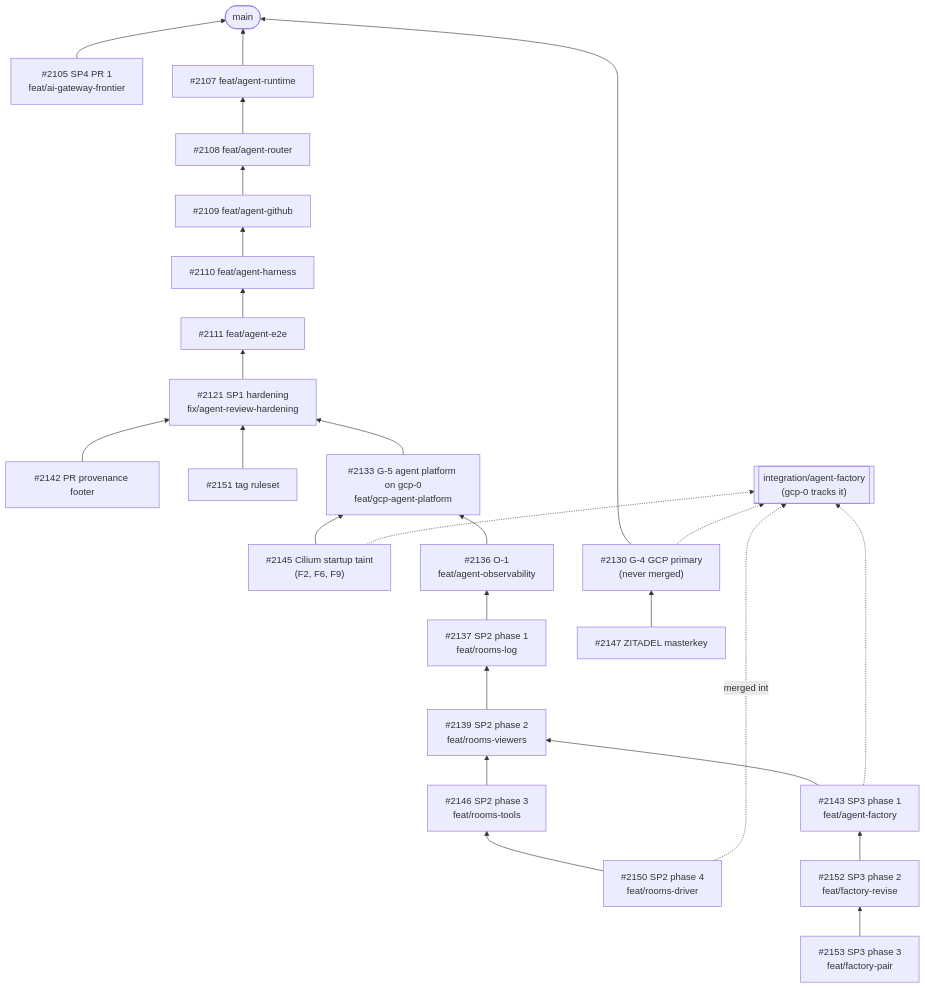
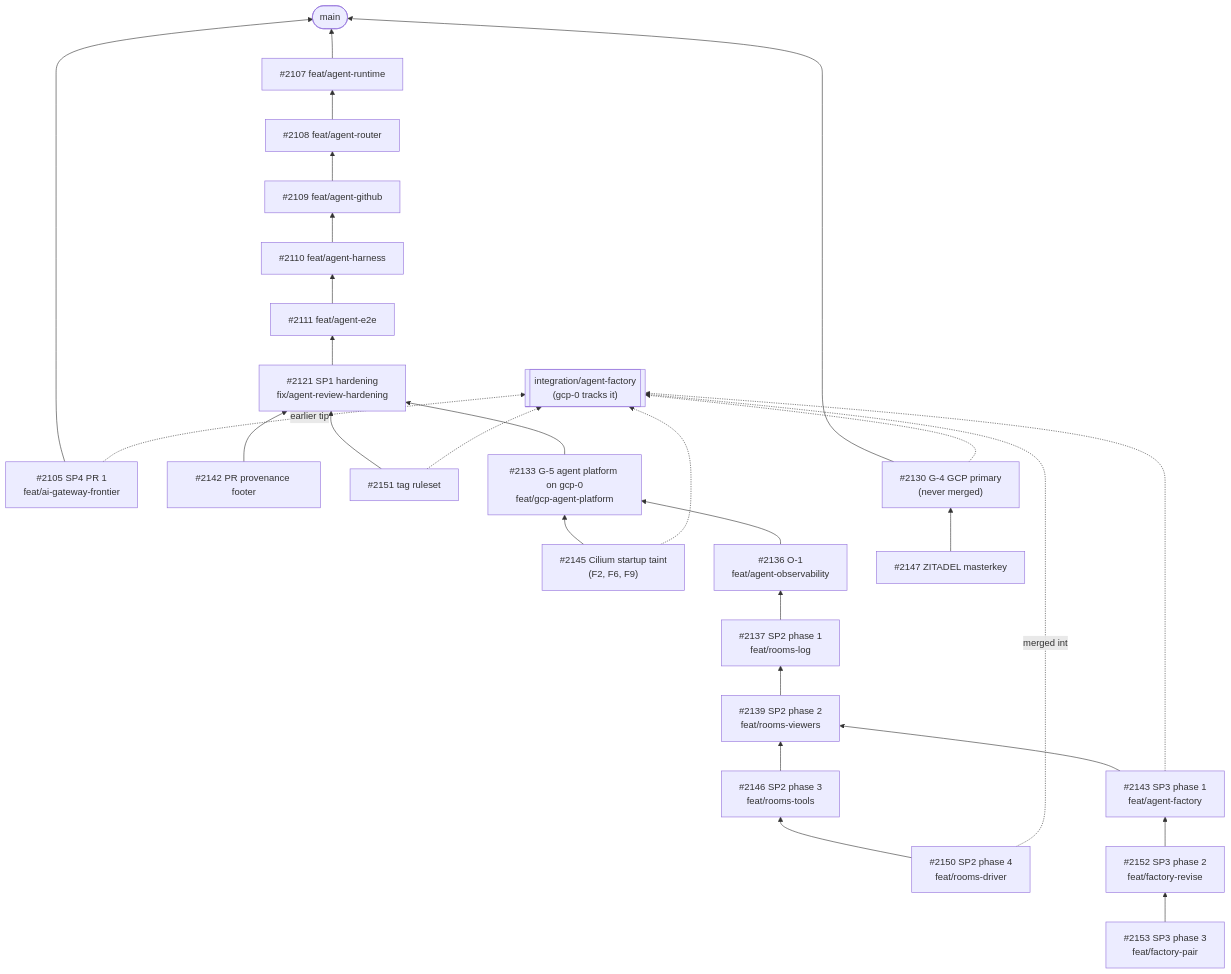
One commit to Smana/cloud-native-ref changed the diagram in website/content/docs/platform/agent-factory/status.md. Above: the diagram before and after it, drawn with Mermaid. The commit also changed other lines of this file and 7 other files, not shown here.

````diff
--- a/website/content/docs/platform/agent-factory/status.md
+++ b/website/content/docs/platform/agent-factory/status.md
@@ -51,52 +51,54 @@
 ```mermaid
 flowchart BT
   main(["main"])
   sp4["#2105 SP4 PR 1<br/>feat/ai-gateway-frontier"]
   rt["#2107 feat/agent-runtime"]
   ro["#2108 feat/agent-router"]
   gh["#2109 feat/agent-github"]
   ha["#2110 feat/agent-harness"]
   e2e["#2111 feat/agent-e2e"]
   h1["#2121 SP1 hardening<br/>fix/agent-review-hardening"]
   foot["#2142 PR provenance footer"]
   tag["#2151 tag ruleset"]
   g5["#2133 G-5 agent platform on gcp-0<br/>feat/gcp-agent-platform"]
   f2["#2145 Cilium startup taint<br/>(F2, F6, F9)"]
   o1["#2136 O-1<br/>feat/agent-observability"]
   s1["#2137 SP2 phase 1<br/>feat/rooms-log"]
   s2["#2139 SP2 phase 2<br/>feat/rooms-viewers"]
   s3["#2146 SP2 phase 3<br/>feat/rooms-tools"]
   s4["#2150 SP2 phase 4<br/>feat/rooms-driver"]
   fr1["#2143 SP3 phase 1<br/>feat/agent-factory"]
   fr2["#2152 SP3 phase 2<br/>feat/factory-revise"]
   fr3["#2153 SP3 phase 3<br/>feat/factory-pair"]
   g4["#2130 G-4 GCP primary<br/>(never merged)"]
   zm["#2147 ZITADEL masterkey"]
   integ[["integration/agent-factory<br/>(gcp-0 tracks it)"]]
 
   sp4 --> main
   rt --> main
   ro --> rt
   gh --> ro
   ha --> gh
   e2e --> ha
   h1 --> e2e
   foot --> h1
   tag --> h1
   g5 --> h1
   f2 --> g5
   o1 --> g5
   s1 --> o1
   s2 --> s1
   s3 --> s2
   s4 --> s3
   fr1 --> s2
   fr2 --> fr1
   fr3 --> fr2
   g4 --> main
   zm --> g4
   s4 -.merged into.-> integ
   fr1 -.-> integ
+  tag -.-> integ
+  sp4 -.earlier tip.-> integ
   f2 -.-> integ
   g4 -.-> integ
 ```
````
